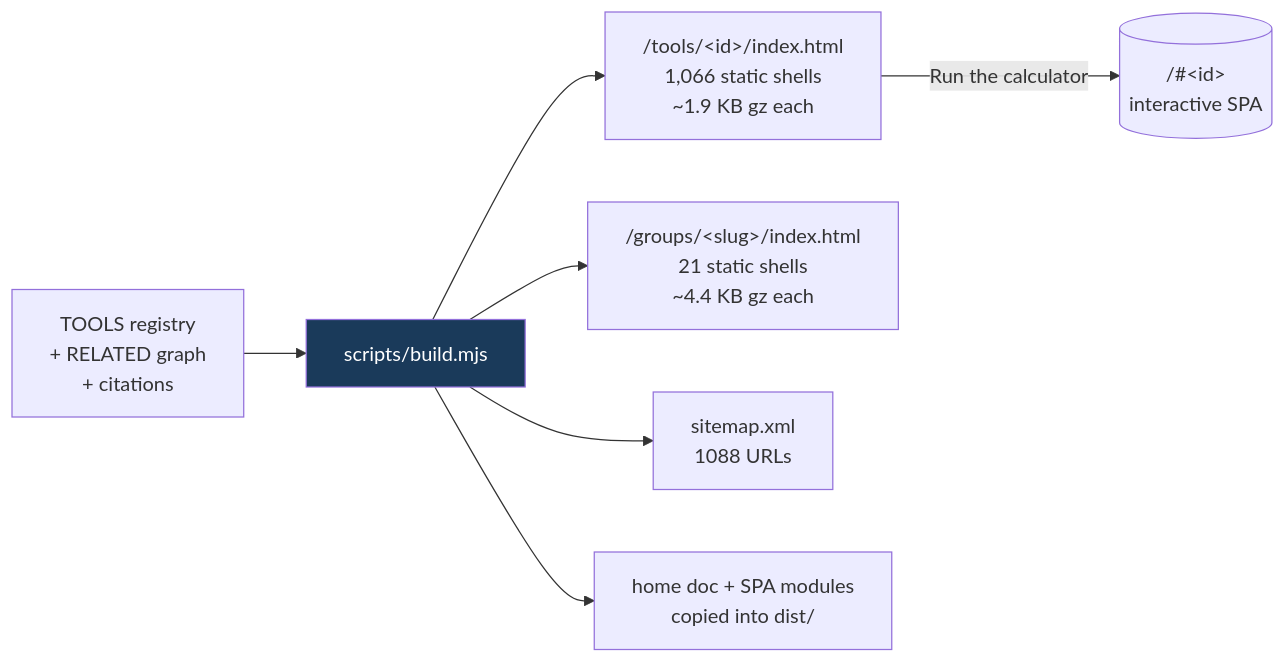
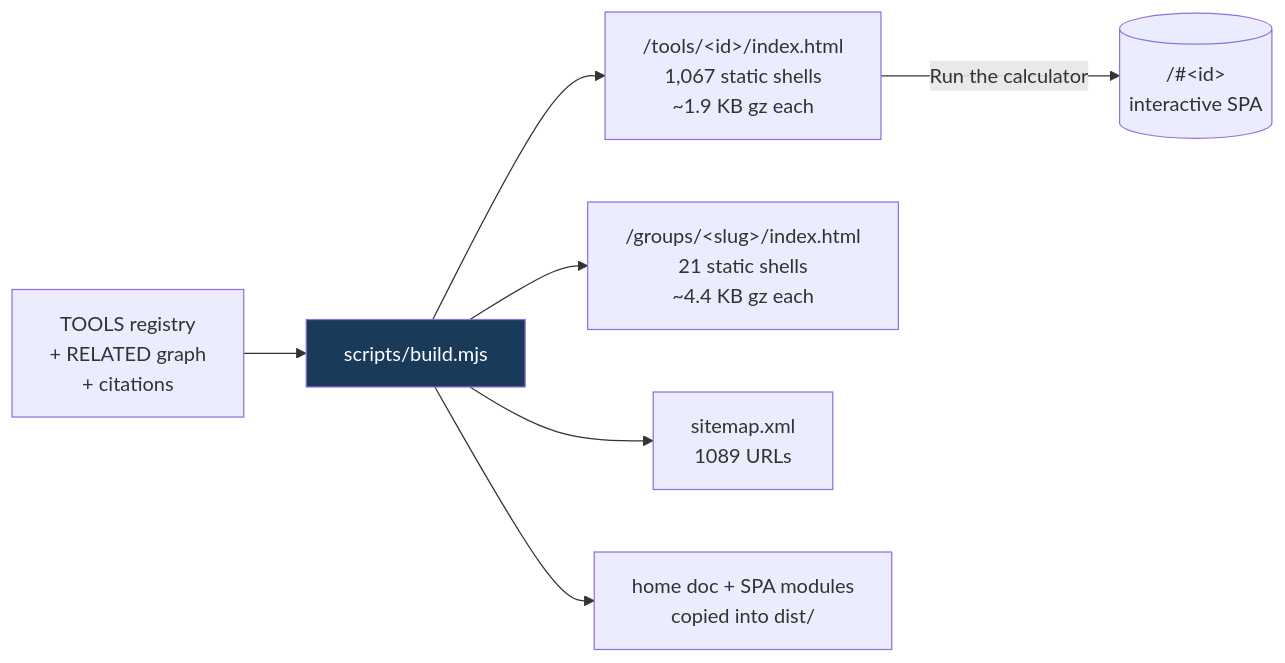
One commit to clay-good/roughlogic.com changed the fifth of 8 diagrams in README.md. Above: the diagram before and after it, drawn with Mermaid. The commit also changed other lines of this file and 13 other files, not shown here.

````diff
--- a/README.md
+++ b/README.md
@@ -495,10 +495,10 @@
 ```mermaid
 flowchart LR
     SRC[TOOLS registry\n+ RELATED graph\n+ citations] --> BUILD[scripts/build.mjs]
-    BUILD --> TILE["/tools/&lt;id&gt;/index.html\n1,066 static shells\n~1.9 KB gz each"]
+    BUILD --> TILE["/tools/&lt;id&gt;/index.html\n1,067 static shells\n~1.9 KB gz each"]
     BUILD --> GROUP["/groups/&lt;slug&gt;/index.html\n21 static shells\n~4.4 KB gz each"]
-    BUILD --> MAP["sitemap.xml\n1088 URLs"]
+    BUILD --> MAP["sitemap.xml\n1089 URLs"]
     BUILD --> COPY[home doc + SPA modules\ncopied into dist/]
     TILE -->|Run the calculator| SPA[("/#&lt;id&gt;\ninteractive SPA")]
     style BUILD fill:#1a3a5a,color:#fff
 ```
````
